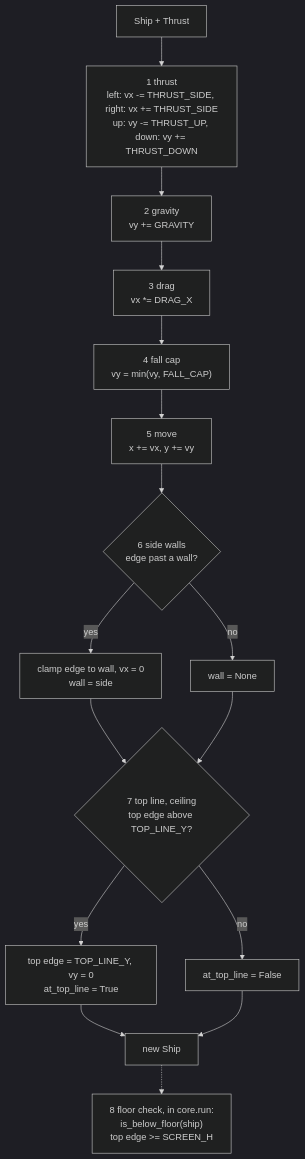
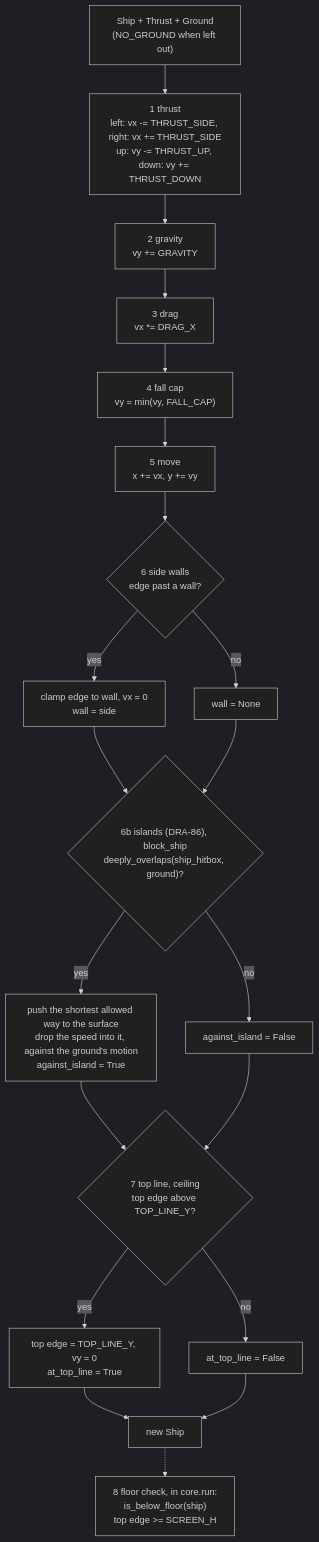
Before and after one commit to david-mntl/driftward-ace: the first of 2 diagrams in docs/contracts/systems/ship.md, drawn with Mermaid (dark theme). The commit also changed other lines of this file and 15 other files, not shown here.

Commit message:
docs(contracts): add DRA-86 floating island tasks and tuning schema; update drifters, ship, run, app contracts and wave and debug spawn schemas

````diff
--- a/docs/contracts/systems/ship.md
+++ b/docs/contracts/systems/ship.md
@@ -23,18 +24,22 @@
 ```mermaid
 flowchart TD
-  IN["Ship + Thrust"] --> T1["1 thrust<br/>left: vx -= THRUST_SIDE, right: vx += THRUST_SIDE<br/>up: vy -= THRUST_UP, down: vy += THRUST_DOWN"]
+  IN["Ship + Thrust + Ground<br/>(NO_GROUND when left out)"] --> T1["1 thrust<br/>left: vx -= THRUST_SIDE, right: vx += THRUST_SIDE<br/>up: vy -= THRUST_UP, down: vy += THRUST_DOWN"]
   T1 --> T2["2 gravity<br/>vy += GRAVITY"]
   T2 --> T3["3 drag<br/>vx *= DRAG_X"]
   T3 --> T4["4 fall cap<br/>vy = min(vy, FALL_CAP)"]
   T4 --> T5["5 move<br/>x += vx, y += vy"]
   T5 --> T6{"6 side walls<br/>edge past a wall?"}
   T6 -- yes --> W["clamp edge to wall, vx = 0<br/>wall = side"]
   T6 -- no --> WN["wall = None"]
-  W --> T7
-  WN --> T7{"7 top line, ceiling<br/>top edge above TOP_LINE_Y?"}
+  W --> T6B
+  WN --> T6B{"6b islands (DRA-86), block_ship<br/>deeply_overlaps(ship_hitbox, ground)?"}
+  T6B -- yes --> IP["push the shortest allowed way to the surface<br/>drop the speed into it, against the ground's motion<br/>against_island = True"]
+  T6B -- no --> IN2["against_island = False"]
+  IP --> T7
+  IN2 --> T7{"7 top line, ceiling<br/>top edge above TOP_LINE_Y?"}
   T7 -- yes --> TL["top edge = TOP_LINE_Y, vy = 0<br/>at_top_line = True"]
   T7 -- no --> TN["at_top_line = False"]
   TL --> OUT["new Ship"]
   TN --> OUT
   OUT -.-> F["8 floor check, in core.run:<br/>is_below_floor(ship)<br/>top edge >= SCREEN_H"]
 ```
````
